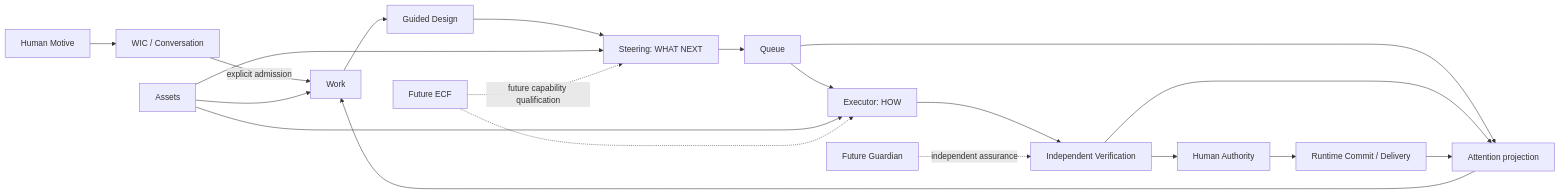
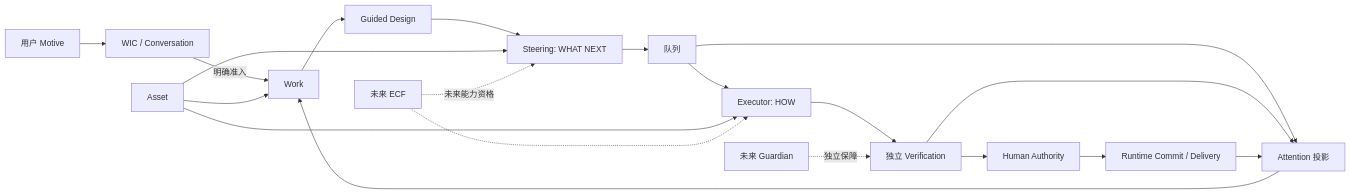
Before and after one commit to hengyizhiyuan/software-production-platform: the diagram in docs/product/watt-first-release-human-journey.md, drawn with Mermaid. The commit also changed other lines of this file and 3 other files, not shown here.

````diff
--- a/docs/product/watt-first-release-human-journey.md
+++ b/docs/product/watt-first-release-human-journey.md
@@ -338,22 +251,22 @@
 ```mermaid
 flowchart LR
-  H[Human Motive] --> WIC[WIC / Conversation]
-  WIC -->|explicit admission| W[Work]
+  H[用户 Motive] --> WIC[WIC / Conversation]
+  WIC -->|明确准入| W[Work]
   W --> GD[Guided Design]
   GD --> S[Steering: WHAT NEXT]
-  S --> Q[Queue]
+  S --> Q[队列]
   Q --> E[Executor: HOW]
-  E --> V[Independent Verification]
+  E --> V[独立 Verification]
   V --> HA[Human Authority]
   HA --> D[Runtime Commit / Delivery]
-  A[Assets] --> W
+  A[Asset] --> W
   A --> S
   A --> E
-  Q --> AT[Attention projection]
+  Q --> AT[Attention 投影]
   V --> AT
   D --> AT
   AT --> W
-  G[Future Guardian] -. independent assurance .-> V
-  ECF[Future ECF] -. future capability qualification .-> S
+  G[未来 Guardian] -. 独立保障 .-> V
+  ECF[未来 ECF] -. 未来能力资格 .-> S
   ECF -.-> E
 ```
````
